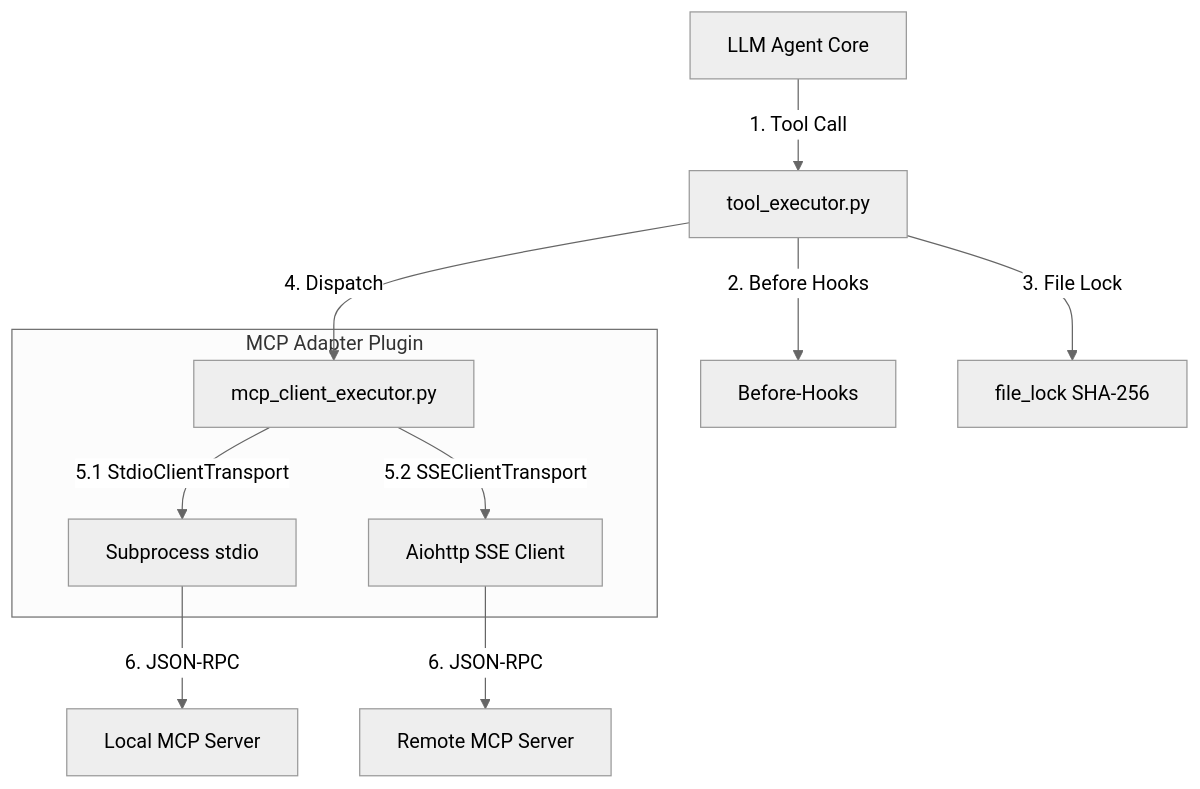
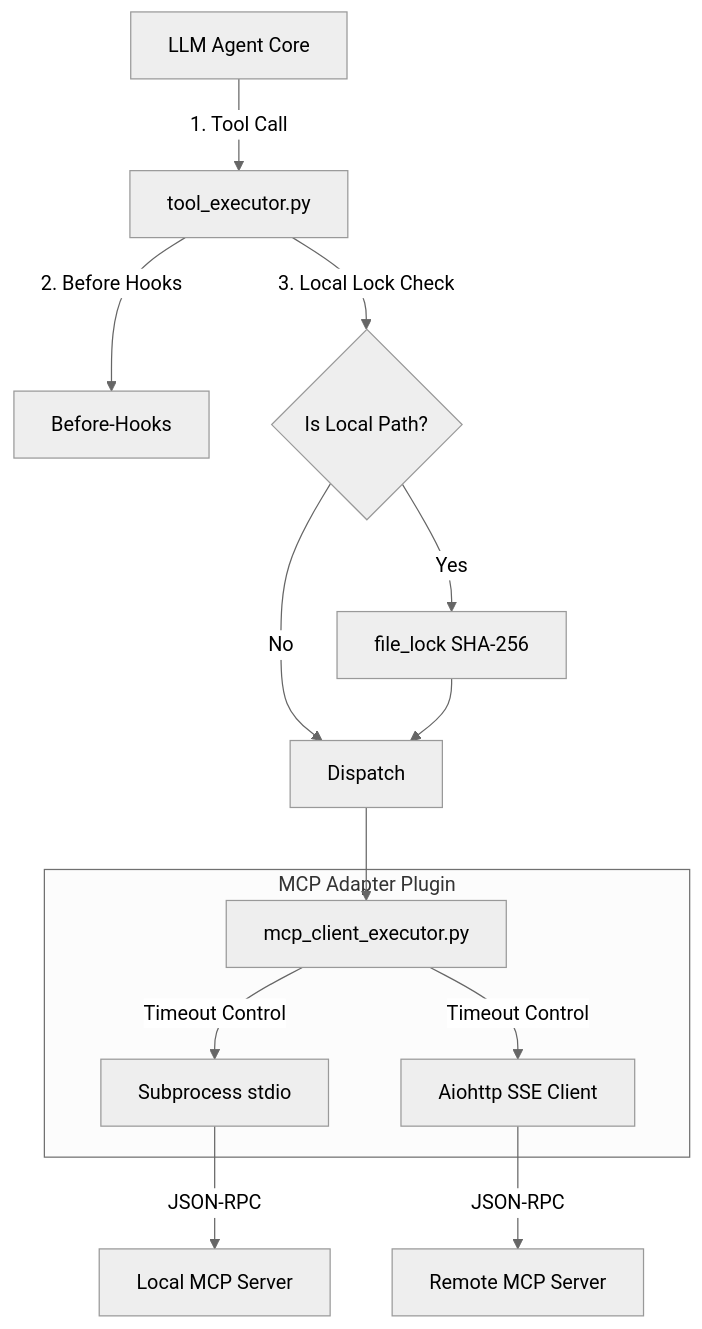
One commit to nuke-yu/nuke-ai-collaborator changed the diagram in docs/MCP-SYSTEM-COMPARISON.md. Above: the diagram before and after it, drawn with Mermaid (neutral theme). The commit also changed other lines of this file, not shown here.

Commit message:
docs(mcp): split tables, formulate security threat model, and fix roadmap concept bugs

````diff
--- a/docs/MCP-SYSTEM-COMPARISON.md
+++ b/docs/MCP-SYSTEM-COMPARISON.md
@@ -55,15 +85,18 @@
 ```mermaid
 graph TD
     LLM[LLM Agent Core] -->|1. Tool Call| Exec[tool_executor.py]
     Exec -->|2. Before Hooks| Hook[Before-Hooks]
-    Exec -->|3. File Lock| Lock[file_lock SHA-256]
-    Exec -->|4. Dispatch| Adapter[mcp_client_executor.py]
+    Exec -->|3. Local Lock Check| Lock{Is Local Path?}
+    Lock -->|Yes| FileLock[file_lock SHA-256]
+    Lock -->|No| Dispatch[Dispatch]
+    FileLock --> Dispatch
+    Dispatch --> Adapter[mcp_client_executor.py]
     
     subgraph MCP Adapter Plugin
-        Adapter -->|5.1 StdioClientTransport| Stdio[Subprocess stdio]
-        Adapter -->|5.2 SSEClientTransport| SSE[Aiohttp SSE Client]
+        Adapter -->|Timeout Control| Stdio[Subprocess stdio]
+        Adapter -->|Timeout Control| SSE[Aiohttp SSE Client]
     end
     
-    Stdio -->|6. JSON-RPC| LocalMCP[Local MCP Server]
-    SSE -->|6. JSON-RPC| RemoteMCP[Remote MCP Server]
+    Stdio -->|JSON-RPC| LocalMCP[Local MCP Server]
+    SSE -->|JSON-RPC| RemoteMCP[Remote MCP Server]
 ```
````
